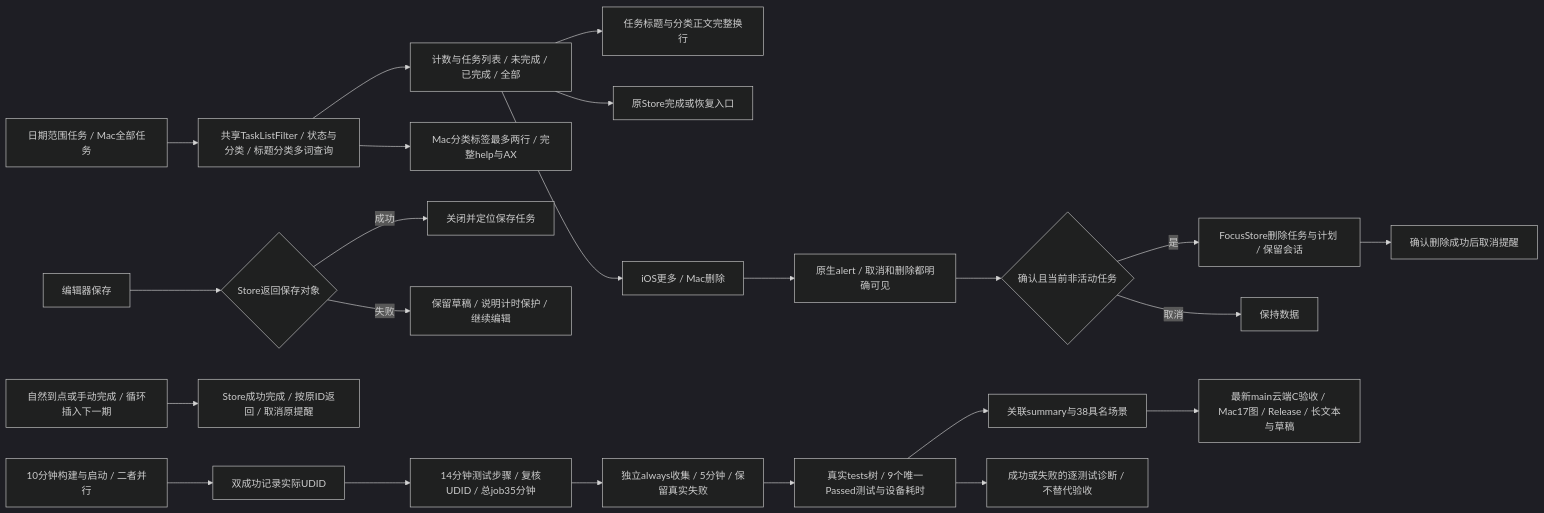
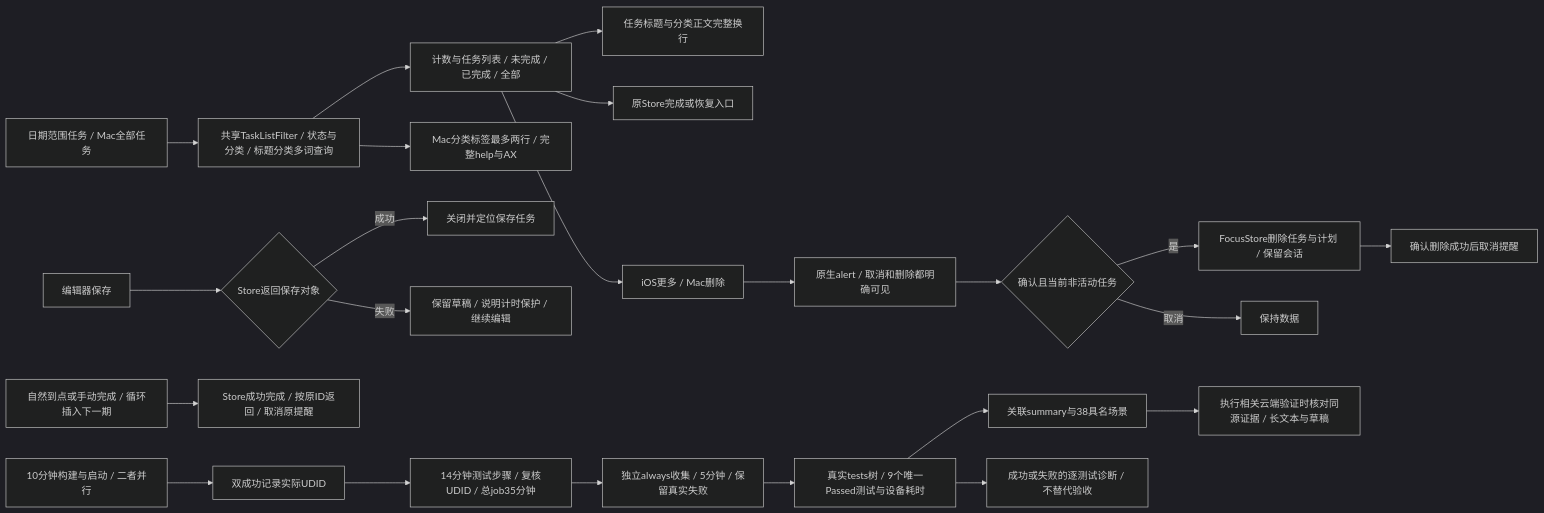
The first of 14 diagrams in md/flow/flowchart.md (Altman-sam114/114), drawn with Mermaid (dark theme) before and after one commit. The commit also changed other lines of this file and 8 other files, not shown here.

````diff
--- a/md/flow/flowchart.md
+++ b/md/flow/flowchart.md
@@ -5,25 +5,25 @@
 ```mermaid
 flowchart LR
   BASE[日期范围任务 / Mac全部任务] --> FILTER[共享TaskListFilter / 状态与分类 / 标题分类多词查询]
   FILTER --> VIEW[计数与任务列表 / 未完成 / 已完成 / 全部]
   FILTER --> CHIPS[Mac分类标签最多两行 / 完整help与AX]
   VIEW --> TEXT[任务标题与分类正文完整换行]
   VIEW --> RESTORE[原Store完成或恢复入口]
   VIEW --> MORE[iOS更多 / Mac删除]
   MORE --> ALERT[原生alert / 取消和删除都明确可见]
   ALERT --> CONFIRM{确认且当前非活动任务}
   CONFIRM -->|是| DELETE[FocusStore删除任务与计划 / 保留会话]
   DELETE --> REMINDER[确认删除成功后取消提醒]
   CONFIRM -->|取消| KEEP[保持数据]
   EDIT[编辑器保存] --> SAVED{Store返回保存对象}
   SAVED -->|成功| LOCATE[关闭并定位保存任务]
   SAVED -->|失败| DRAFT[保留草稿 / 说明计时保护 / 继续编辑]
   REPEAT[自然到点或手动完成 / 循环插入下一期] --> ID[Store成功完成 / 按原ID返回 / 取消原提醒]
   TREE[真实tests树 / 9个唯一Passed测试与设备耗时] --> EVIDENCE[关联summary与38具名场景]
-  EVIDENCE --> C[最新main云端C验收 / Mac17图 / Release / 长文本与草稿]
+  EVIDENCE --> REVIEW[执行相关云端验证时核对同源证据 / 长文本与草稿]
   TREE --> DIAG[成功或失败的逐测试诊断 / 不替代验收]
   BUILD[10分钟构建与启动 / 二者并行] --> READY[双成功记录实际UDID]
   READY --> RUN[14分钟测试步骤 / 复核UDID / 总job35分钟]
   RUN --> COLLECT[独立always收集 / 5分钟 / 保留真实失败]
   COLLECT --> TREE
 ```
````
